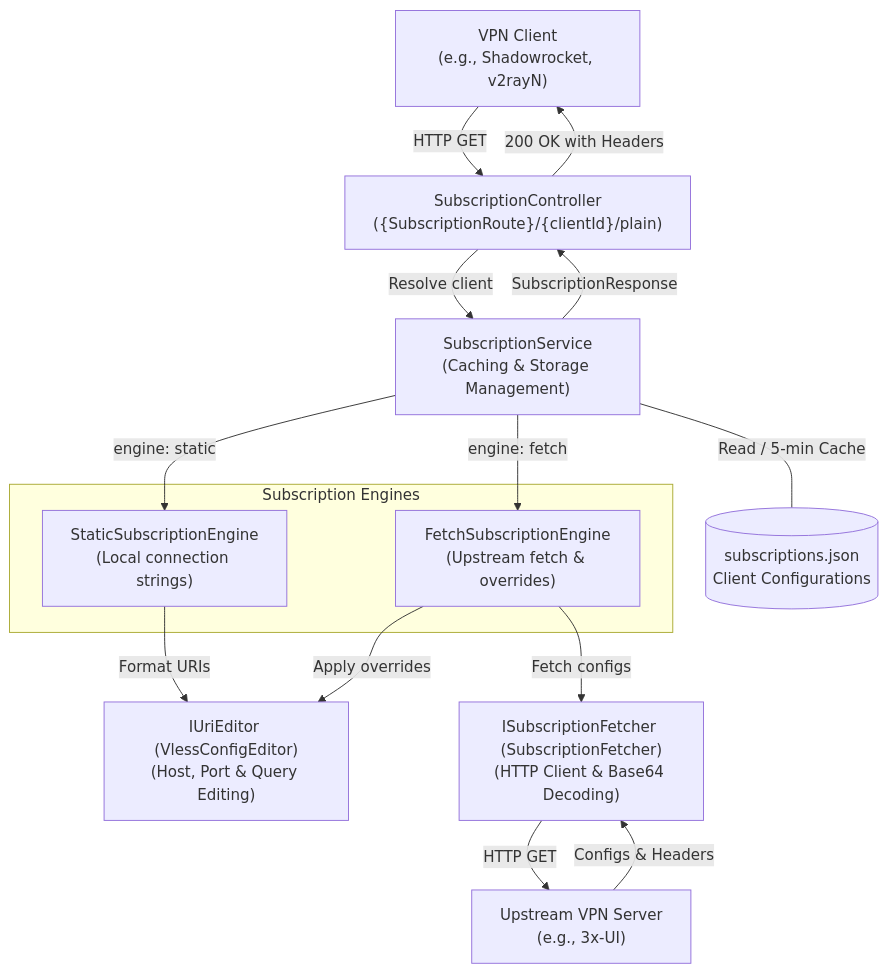
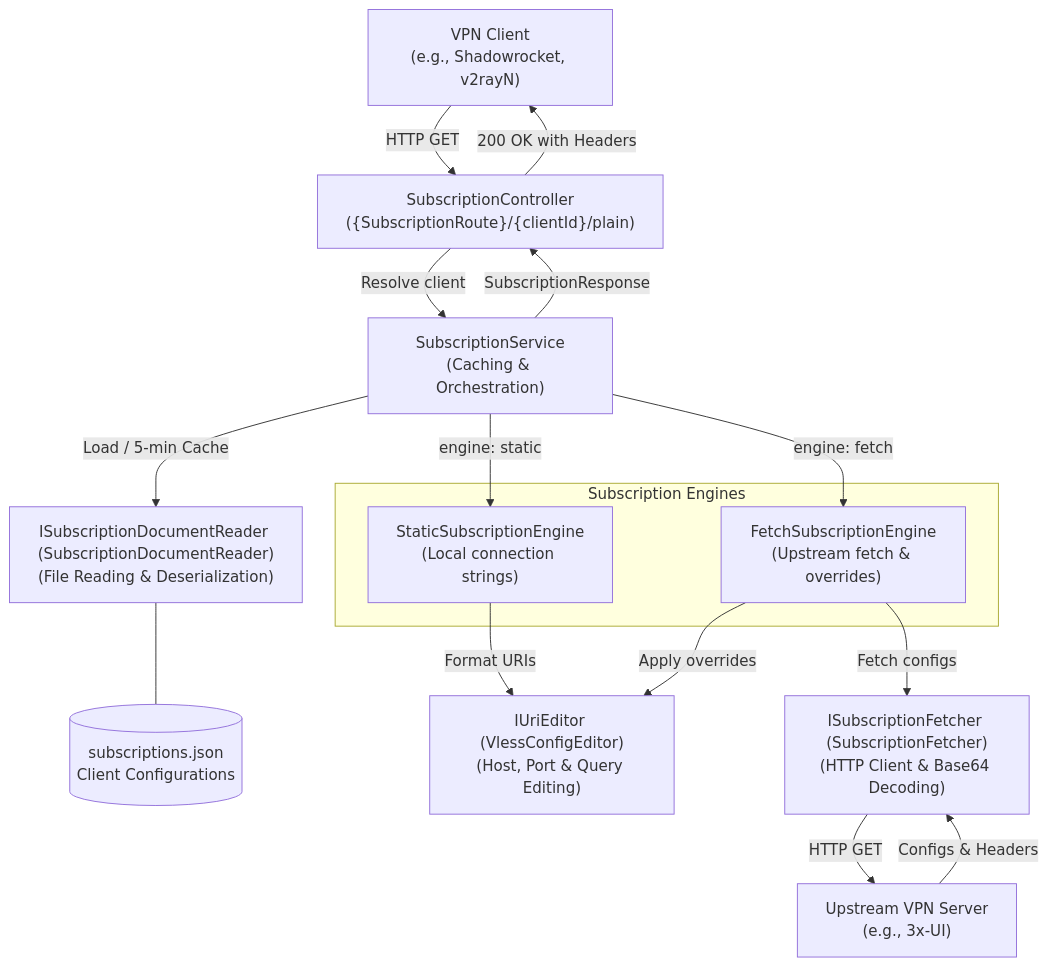
One commit to pushnitsa/vpn-simple-subscription changed the diagram in docs/Architecture.md. Above: the diagram before and after it, drawn with Mermaid. The commit also changed other lines of this file and 6 other files, not shown here.

Commit message:
feat: add ISubscriptionDocumentReader abstraction and fetch integration tests

````diff
--- a/docs/Architecture.md
+++ b/docs/Architecture.md
@@ -11,29 +11,31 @@
 ```mermaid
 flowchart TD
     Client["VPN Client<br/>(e.g., Shadowrocket, v2rayN)"]
     Controller["SubscriptionController<br/>({SubscriptionRoute}/{clientId}/plain)"]
-    Service["SubscriptionService<br/>(Caching & Storage Management)"]
+    Service["SubscriptionService<br/>(Caching & Orchestration)"]
+    DocReader["ISubscriptionDocumentReader (SubscriptionDocumentReader)<br/>(File Reading & Deserialization)"]
     Storage[("subscriptions.json<br/>Client Configurations")]
 
     subgraph Strategies["Subscription Engines"]
         StaticEngine["StaticSubscriptionEngine<br/>(Local connection strings)"]
         FetchEngine["FetchSubscriptionEngine<br/>(Upstream fetch & overrides)"]
     end
 
     UriEditor["IUriEditor (VlessConfigEditor)<br/>(Host, Port & Query Editing)"]
     Fetcher["ISubscriptionFetcher (SubscriptionFetcher)<br/>(HTTP Client & Base64 Decoding)"]
     Upstream["Upstream VPN Server<br/>(e.g., 3x-UI)"]
 
     Client -->|HTTP GET| Controller
     Controller -->|Resolve client| Service
-    Service ---|Read / 5-min Cache| Storage
+    Service -->|Load / 5-min Cache| DocReader
+    DocReader --- Storage
     Service -->|engine: static| StaticEngine
     Service -->|engine: fetch| FetchEngine
     StaticEngine -->|Format URIs| UriEditor
     FetchEngine -->|Fetch configs| Fetcher
     FetchEngine -->|Apply overrides| UriEditor
     Fetcher -->|HTTP GET| Upstream
     Upstream -->|Configs & Headers| Fetcher
     Service -->|SubscriptionResponse| Controller
     Controller -->|200 OK with Headers| Client
 ```
````
